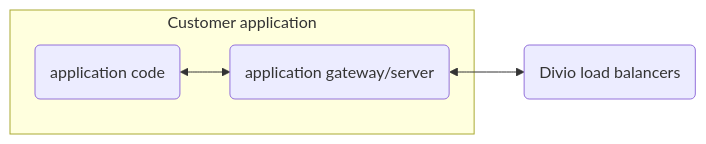
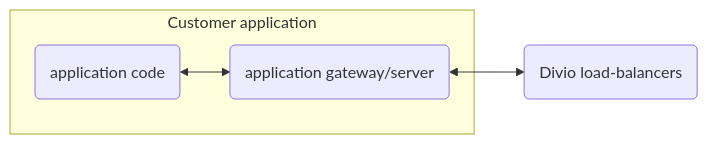
Before and after one commit to divio/divio-cloud-docs: the diagram in background/redirects.rst, drawn with Mermaid. The commit also changed 13 other files, not shown here.

```diff
--- a/background/redirects.rst
+++ b/background/redirects.rst
@@ -11,8 +11,8 @@
 .. mermaid::
 
     flowchart LR
-      gateway <--> loadbalancers
+      gateway <--> load-balancers
       subgraph Customer application
         code(application code) <--> gateway(application gateway/server)
       end
-      loadbalancers(Divio load balancers)
+      load-balancers(Divio load-balancers)
```
